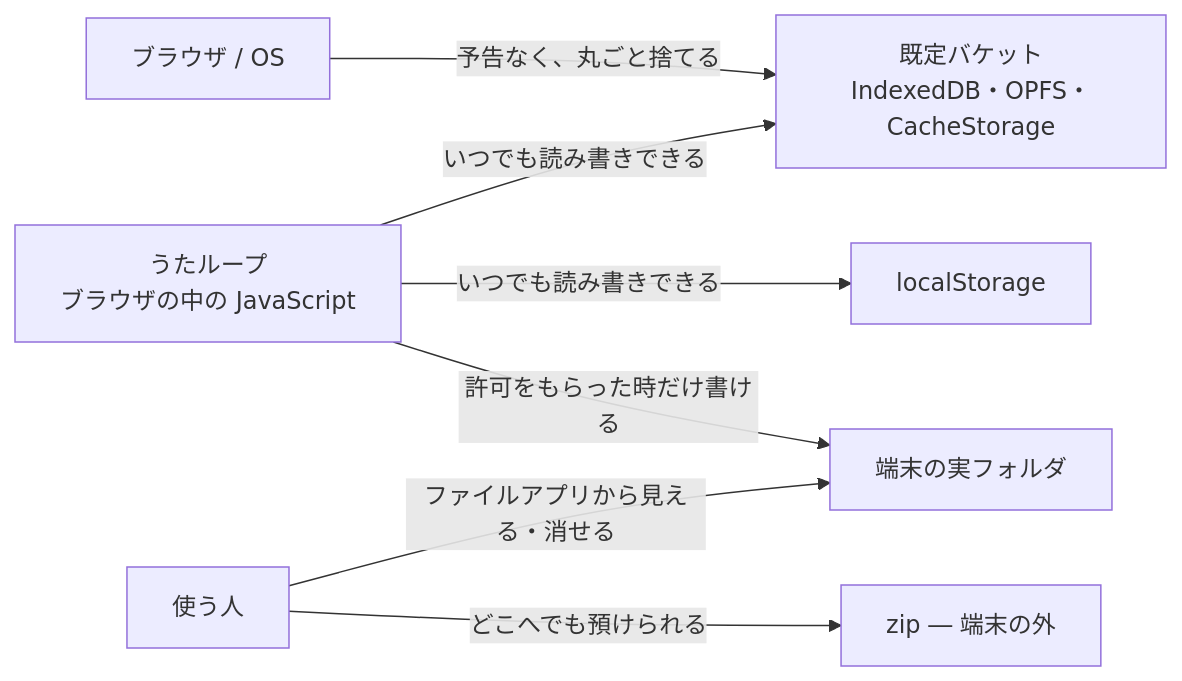
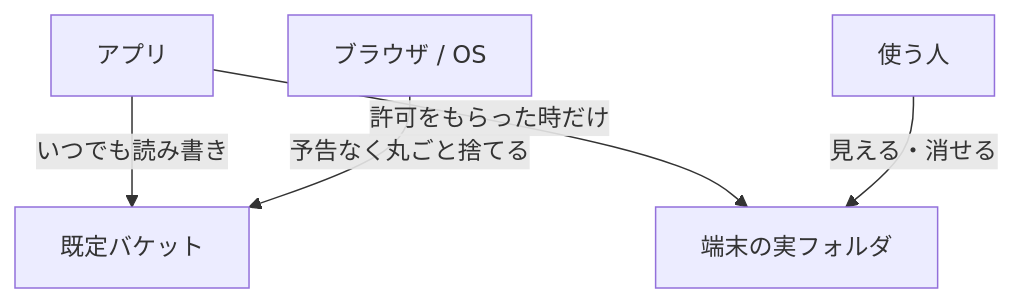
The third of 3 diagrams in articles/indexeddb-bucket-wiped-19-times.md (imudak/maruhuku-contents), drawn with Mermaid before and after one commit. The commit also changed other lines of this file, not shown here.

First line of the commit message:
docs(記事): 図が横長すぎたので三枚とも縦に組み直す（卿FB 2026-09-18）

````diff
--- a/articles/indexeddb-bucket-wiped-19-times.md
+++ b/articles/indexeddb-bucket-wiped-19-times.md
@@ -122,18 +114,7 @@
 ```mermaid
-flowchart LR
-  app["うたループ<br/>ブラウザの中の JavaScript"]
-  browser["ブラウザ / OS"]
-  user["使う人"]
-
-  bucket2["既定バケット<br/>IndexedDB・OPFS・CacheStorage"]
-  ls2["localStorage"]
-  folder2["端末の実フォルダ"]
-  zip2["zip ― 端末の外"]
-
-  app -->|"いつでも読み書きできる"| bucket2
-  app -->|"いつでも読み書きできる"| ls2
-  app -->|"許可をもらった時だけ書ける"| folder2
-  browser -->|"予告なく、丸ごと捨てる"| bucket2
-  user -->|"ファイルアプリから見える・消せる"| folder2
-  user -->|"どこへでも預けられる"| zip2
+flowchart TB
+  app["アプリ"] -->|"いつでも読み書き"| bucket2["既定バケット"]
+  browser["ブラウザ / OS"] -->|"予告なく丸ごと捨てる"| bucket2
+  app -->|"許可をもらった時だけ"| folder2["端末の実フォルダ"]
+  user["使う人"] -->|"見える・消せる"| folder2
 ```
````
